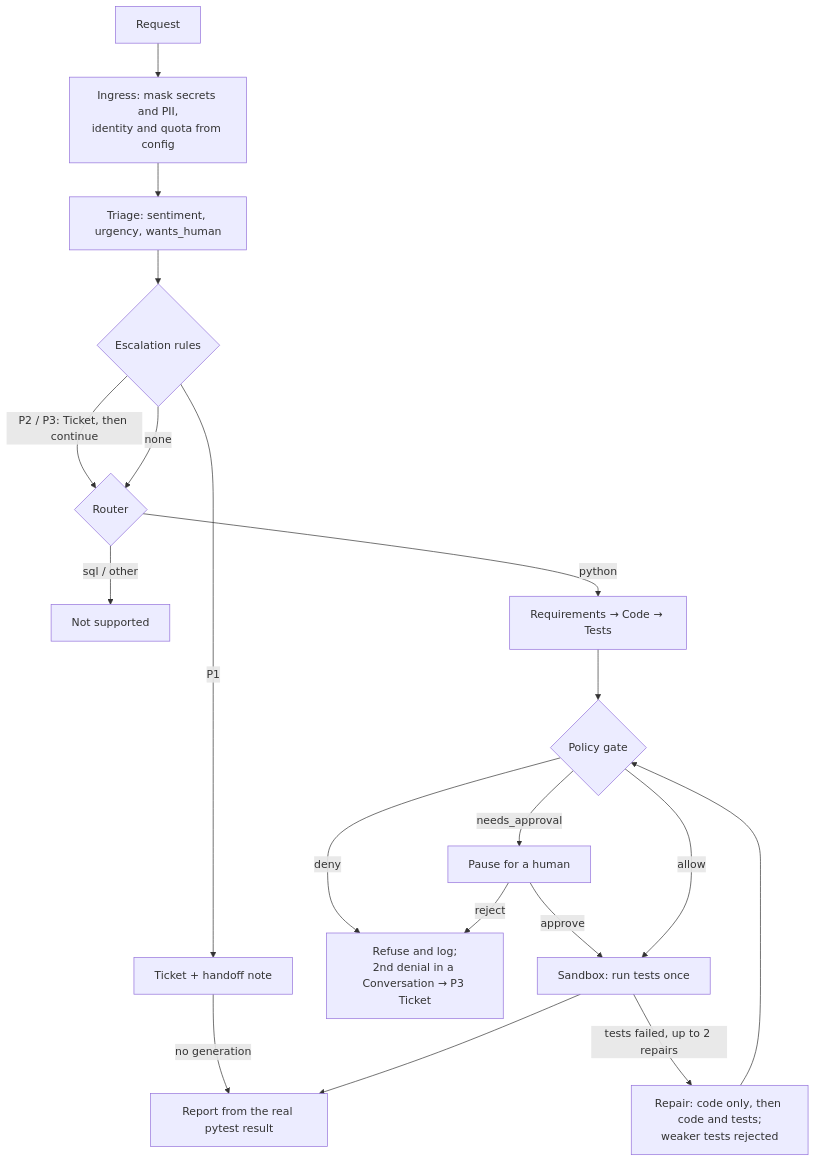
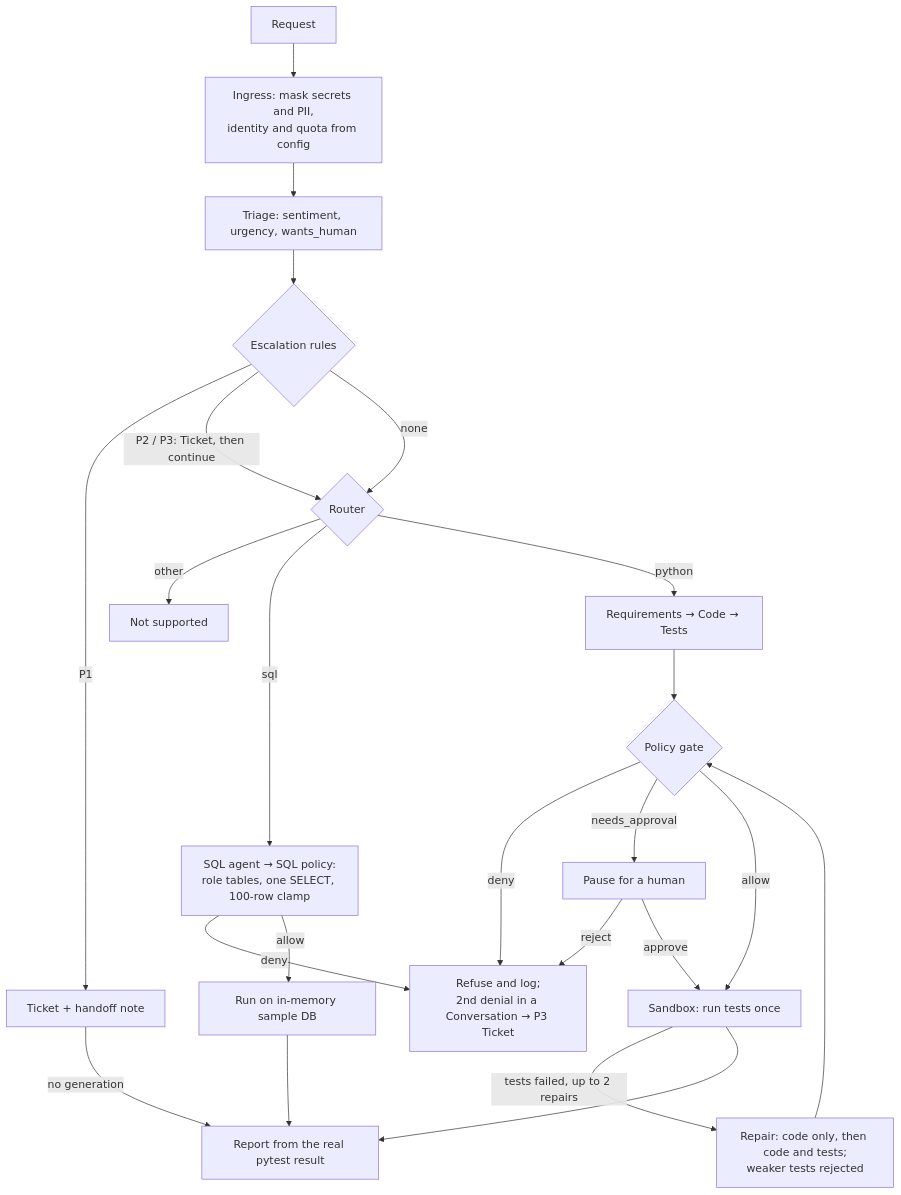
The diagram in README.md (dipanshuCodes/codeforge), drawn with Mermaid before and after one commit. The commit also changed other lines of this file and 15 other files, not shown here.

Commit message:
complete sql agent

````diff
--- a/README.md
+++ b/README.md
@@ -34,21 +35,24 @@
 ```mermaid
 flowchart TD
     A[Request] --> B[Ingress: mask secrets and PII,<br/>identity and quota from config]
     B --> C[Triage: sentiment, urgency, wants_human]
     C --> D{Escalation rules}
     D -- P1 --> T[Ticket + handoff note]
     T -- "no generation" --> P
     D -- "P2 / P3: Ticket, then continue" --> E
     D -- none --> E{Router}
-    E -- sql / other --> U[Not supported]
+    E -- other --> U[Not supported]
+    E -- sql --> Q[SQL agent → SQL policy:<br/>role tables, one SELECT, 100-row clamp]
+    Q -- deny --> R
+    Q -- allow --> QR[Run on in-memory sample DB] --> P
     E -- python --> F[Requirements → Code → Tests]
     F --> G{Policy gate}
     G -- deny --> R[Refuse and log;<br/>2nd denial in a Conversation → P3 Ticket]
     G -- needs_approval --> H[Pause for a human]
     H -- reject --> R
     H -- approve --> X
     G -- allow --> X[Sandbox: run tests once]
     X -- tests failed, up to 2 repairs --> V[Repair: code only, then code and tests;<br/>weaker tests rejected]
     V --> G
     X --> P[Report from the real pytest result]
 ```
````
